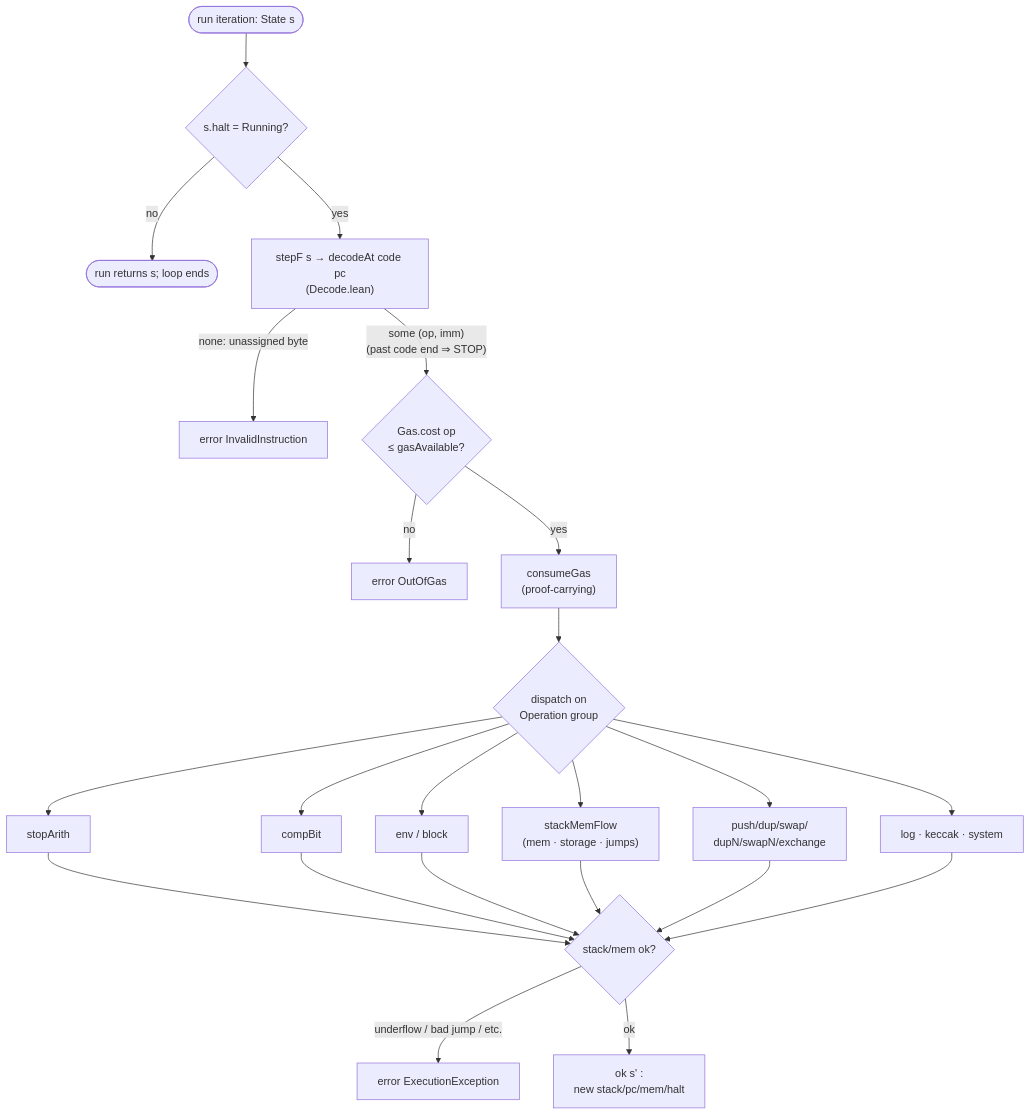
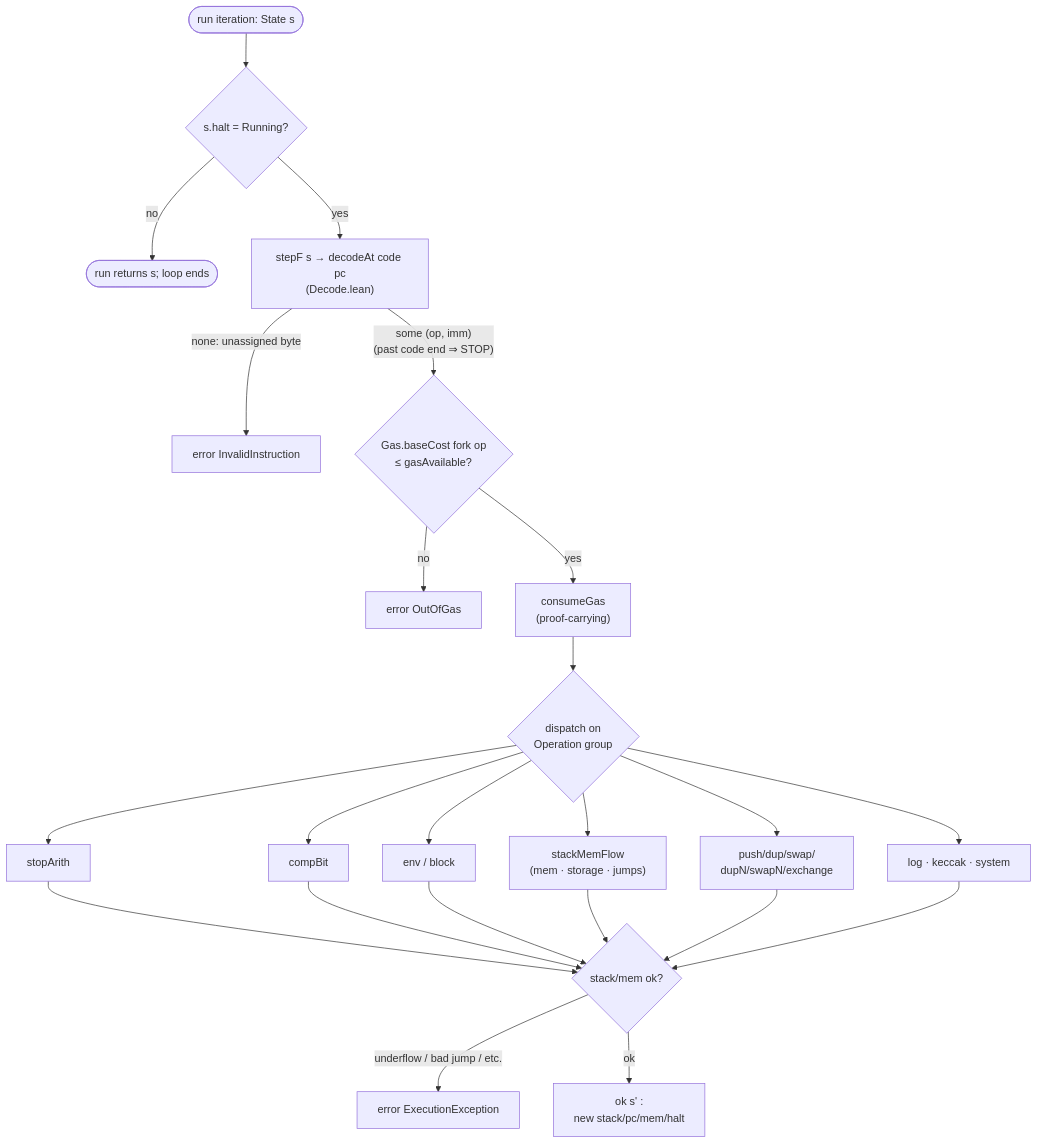
One commit to powdr-labs/evm-semantics changed the second of 3 diagrams in ARCHITECTURE.md. Above: the diagram before and after it, drawn with Mermaid. The commit also changed other lines of this file and 12 other files, not shown here.

````diff
--- a/ARCHITECTURE.md
+++ b/ARCHITECTURE.md
@@ -173,20 +203,20 @@
 ```mermaid
 flowchart TD
     Start([run iteration: State s]) --> Halt{s.halt = Running?}
     Halt -->|no| Done([run returns s; loop ends])
     Halt -->|yes| Dec["stepF s → decodeAt code pc<br/>(Decode.lean)"]
     Dec -->|"none: unassigned byte"| Invalid["error InvalidInstruction"]
-    Dec -->|"some (op, imm)<br/>(past code end ⇒ STOP)"| GasChk{"Gas.cost op<br/>≤ gasAvailable?"}
+    Dec -->|"some (op, imm)<br/>(past code end ⇒ STOP)"| GasChk{"Gas.baseCost fork op<br/>≤ gasAvailable?"}
     GasChk -->|no| OOG["error OutOfGas"]
     GasChk -->|yes| Consume["consumeGas<br/>(proof-carrying)"]
     Consume --> Dispatch{"dispatch on<br/>Operation group"}
     Dispatch --> H1["stopArith"]
     Dispatch --> H2["compBit"]
     Dispatch --> H3["env / block"]
     Dispatch --> H4["stackMemFlow<br/>(mem · storage · jumps)"]
     Dispatch --> H5["push/dup/swap/<br/>dupN/swapN/exchange"]
     Dispatch --> H6["log · keccak · system"]
     H1 & H2 & H3 & H4 & H5 & H6 --> Outcome{stack/mem ok?}
     Outcome -->|underflow / bad jump / etc.| Err["error ExecutionException"]
     Outcome -->|ok| Next["ok s' :<br/>new stack/pc/mem/halt"]
 ```
````
